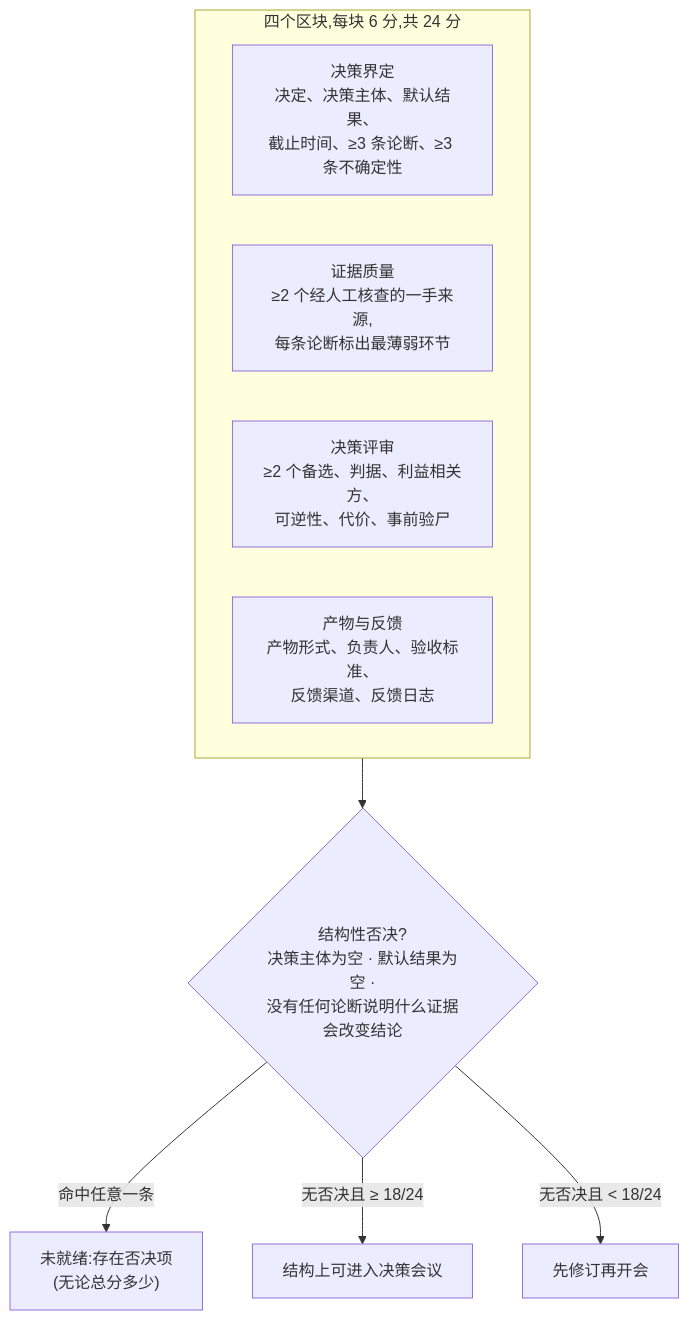
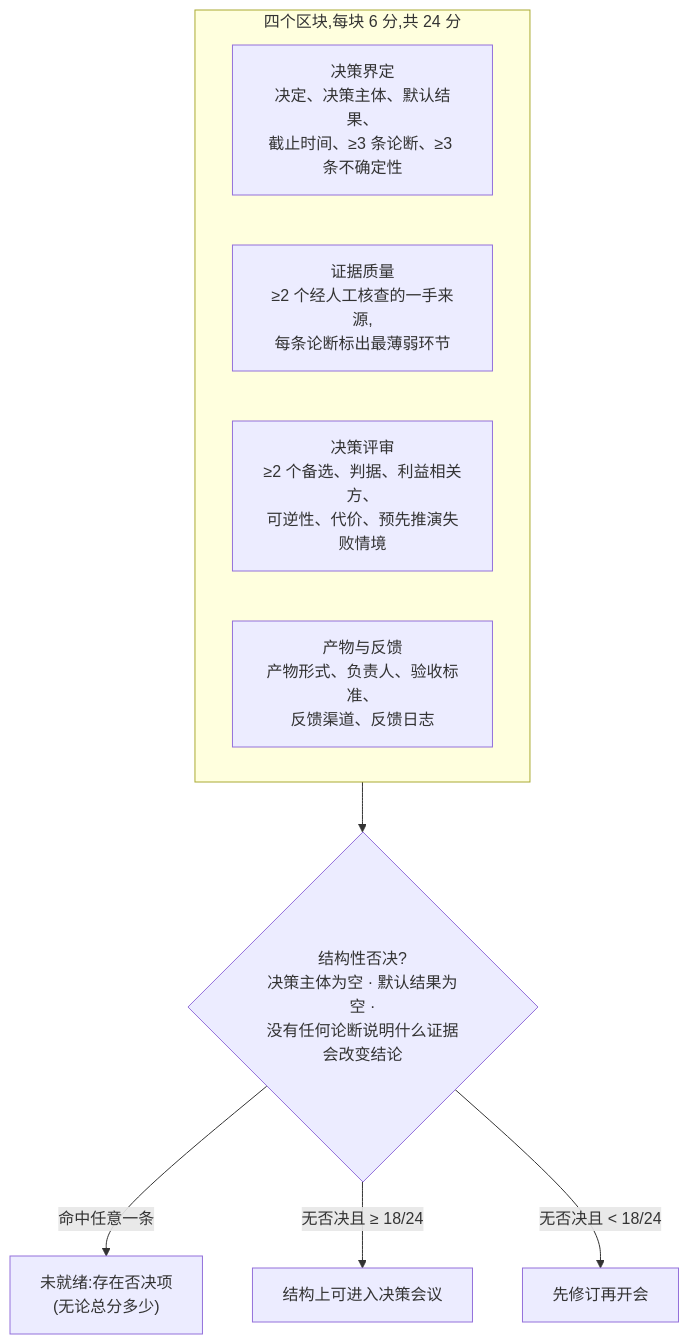
The second of 2 diagrams in README.zh-CN.md (Anonymousyz/research-to-decision-toolkit), drawn with Mermaid before and after one commit. The commit also changed other lines of this file, not shown here.

````diff
--- a/README.zh-CN.md
+++ b/README.zh-CN.md
@@ -114,13 +110,13 @@
 ```mermaid
 flowchart TB
     subgraph areas["四个区块,每块 6 分,共 24 分"]
         A1["决策界定<br/>决定、决策主体、默认结果、<br/>截止时间、≥3 条论断、≥3 条不确定性"]
         A2["证据质量<br/>≥2 个经人工核查的一手来源,<br/>每条论断标出最薄弱环节"]
-        A3["决策评审<br/>≥2 个备选、判据、利益相关方、<br/>可逆性、代价、事前验尸"]
+        A3["决策评审<br/>≥2 个备选、判据、利益相关方、<br/>可逆性、代价、预先推演失败情境"]
         A4["产物与反馈<br/>产物形式、负责人、验收标准、<br/>反馈渠道、反馈日志"]
     end
     areas --> S{"结构性否决?<br/>决策主体为空 · 默认结果为空 ·<br/>没有任何论断说明什么证据会改变结论"}
     S -- "命中任意一条" --> V["未就绪:存在否决项<br/>(无论总分多少)"]
     S -- "无否决且 ≥ 18/24" --> R["结构上可进入决策会议"]
     S -- "无否决且 < 18/24" --> W["先修订再开会"]
 ```
````
